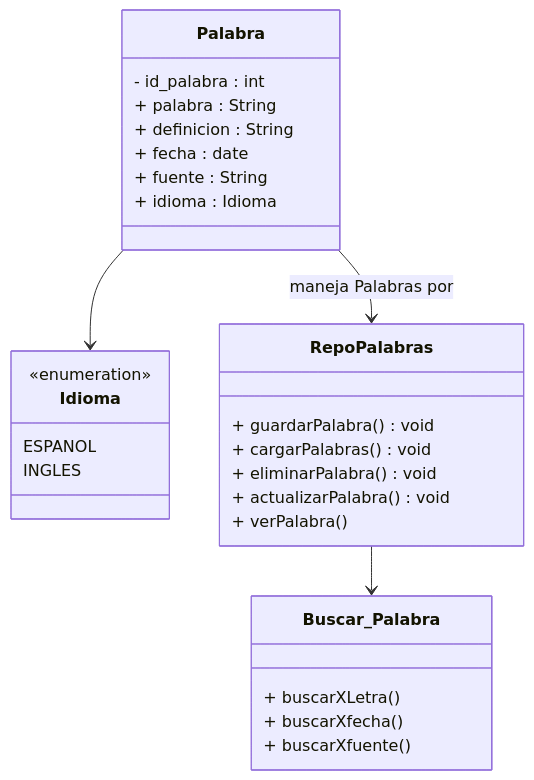
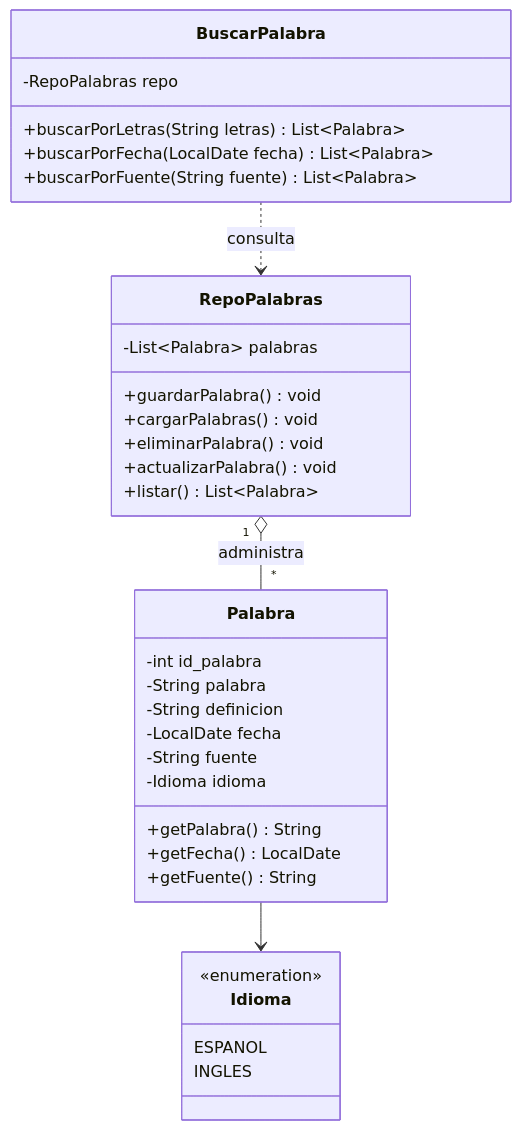
One commit to manupinta2009-max/Diksy changed the diagram in Docs/UML.md. Above: the diagram before and after it, drawn with Mermaid. The commit also changed other lines of this file and 15 other files, not shown here.

````diff
--- a/Docs/UML.md
+++ b/Docs/UML.md
@@ -2,35 +2,40 @@
 ```mermaid
 classDiagram
     class Palabra {
-        - id_palabra : int
-        + palabra : String
-        + definicion : String
-        + fecha : date
-        + fuente : String
-        + idioma : Idioma
+        -int id_palabra
+        -String palabra
+        -String definicion
+        -LocalDate fecha
+        -String fuente
+        -Idioma idioma
+        +getPalabra() String
+        +getFecha() LocalDate
+        +getFuente() String
     }
 
     class Idioma {
         <<enumeration>>
         ESPANOL
         INGLES
     }
 
     class RepoPalabras {
-        + guardarPalabra() void
-        + cargarPalabras() void
-        + eliminarPalabra() void
-        + actualizarPalabra() void
-        + verPalabra()
+        -List~Palabra~ palabras
+        +guardarPalabra() void
+        +cargarPalabras() void
+        +eliminarPalabra() void
+        +actualizarPalabra() void
+        +listar() List~Palabra~
     }
 
-    class Buscar_Palabra {
-        + buscarXLetra()
-        + buscarXfecha()
-        + buscarXfuente()
+    class BuscarPalabra {
+        -RepoPalabras repo
+        +buscarPorLetras(String letras) List~Palabra~
+        +buscarPorFecha(LocalDate fecha) List~Palabra~
+        +buscarPorFuente(String fuente) List~Palabra~
     }
 
     Palabra --> Idioma
-    Palabra --> RepoPalabras : maneja Palabras por
-    RepoPalabras --> Buscar_Palabra
+    RepoPalabras "1" o-- "*" Palabra : administra
+    BuscarPalabra ..> RepoPalabras : consulta
 ```
````
